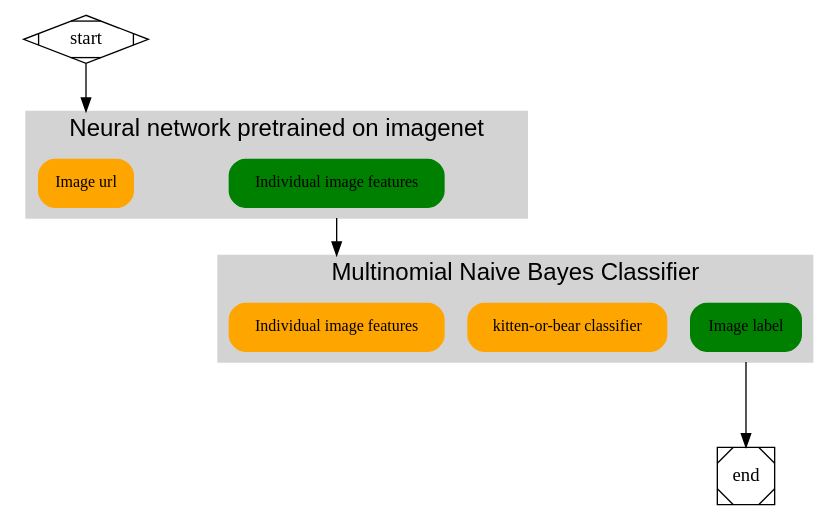
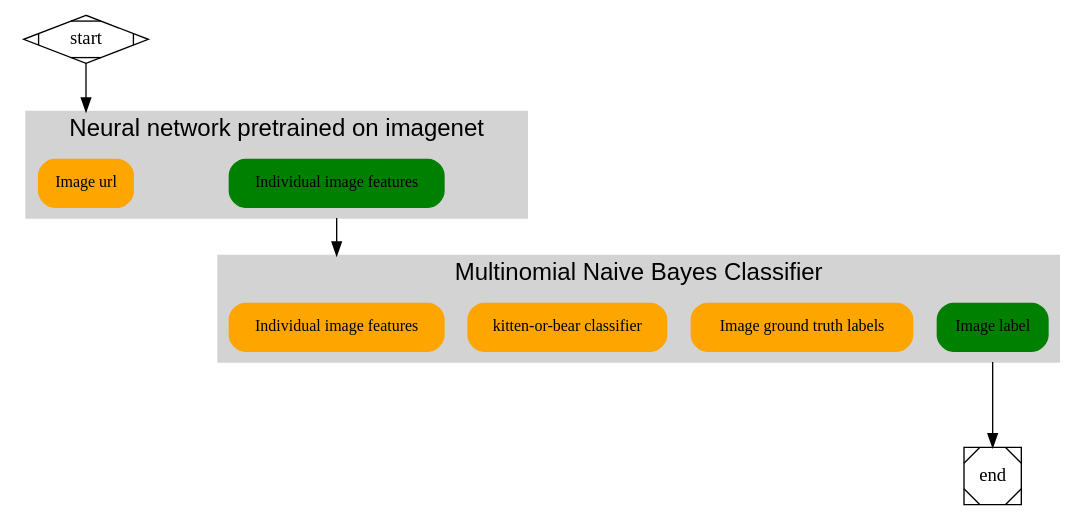
Before and after one commit to shuggiefisher/kitten-or-bear-classifier: the diagram in metrics/figures/predict_pipeline.dot, drawn with Graphviz. The commit also changed 2 other files, not shown here.

Commit message:
specify class label and probability in output

```diff
--- a/metrics/figures/predict_pipeline.dot
+++ b/metrics/figures/predict_pipeline.dot
@@ -1,30 +1,30 @@
 digraph G {
     compound=true;
     ranksep=1;
     ratio=compress;
     size=728;
     subgraph cluster_1 {
         style=filled;
         color=lightgrey;
         fontname="Helvetica";
         fontsize=18;
         "1_Individual image features" [style="filled,rounded",color=green,label="Individual image features",fontname="Verdana",fontsize=12,shape=rectangle];
         "1_Image url" [style="filled,rounded",color=orange,label="Image url",fontname="Verdana",fontsize=12,shape=rectangle];
         label = "Neural network pretrained on imagenet";
     }
     
     subgraph cluster_2 {
         style=filled;
         color=lightgrey;
         fontname="Helvetica";
         fontsize=18;
         "2_Image label" [style="filled,rounded",color=green,label="Image label",fontname="Verdana",fontsize=12,shape=rectangle];
-        "2_kitten-or-bear classifier" [style="filled,rounded",color=orange,label="kitten-or-bear classifier",fontname="Verdana",fontsize=12,shape=rectangle];"2_Individual image features" [style="filled,rounded",color=orange,label="Individual image features",fontname="Verdana",fontsize=12,shape=rectangle];
+        "2_Image ground truth labels" [style="filled,rounded",color=orange,label="Image ground truth labels",fontname="Verdana",fontsize=12,shape=rectangle];"2_kitten-or-bear classifier" [style="filled,rounded",color=orange,label="kitten-or-bear classifier",fontname="Verdana",fontsize=12,shape=rectangle];"2_Individual image features" [style="filled,rounded",color=orange,label="Individual image features",fontname="Verdana",fontsize=12,shape=rectangle];
         label = "Multinomial Naive Bayes Classifier";
     }
     "1_Individual image features" -> "2_Individual image features" [ltail=cluster_1, lhead=cluster_2];
     start -> "1_Image url" [lhead=cluster_1];
     "2_Image label" -> end [ltail=cluster_2];
     start [shape=Mdiamond];
     end [shape=Msquare];
 }
```
